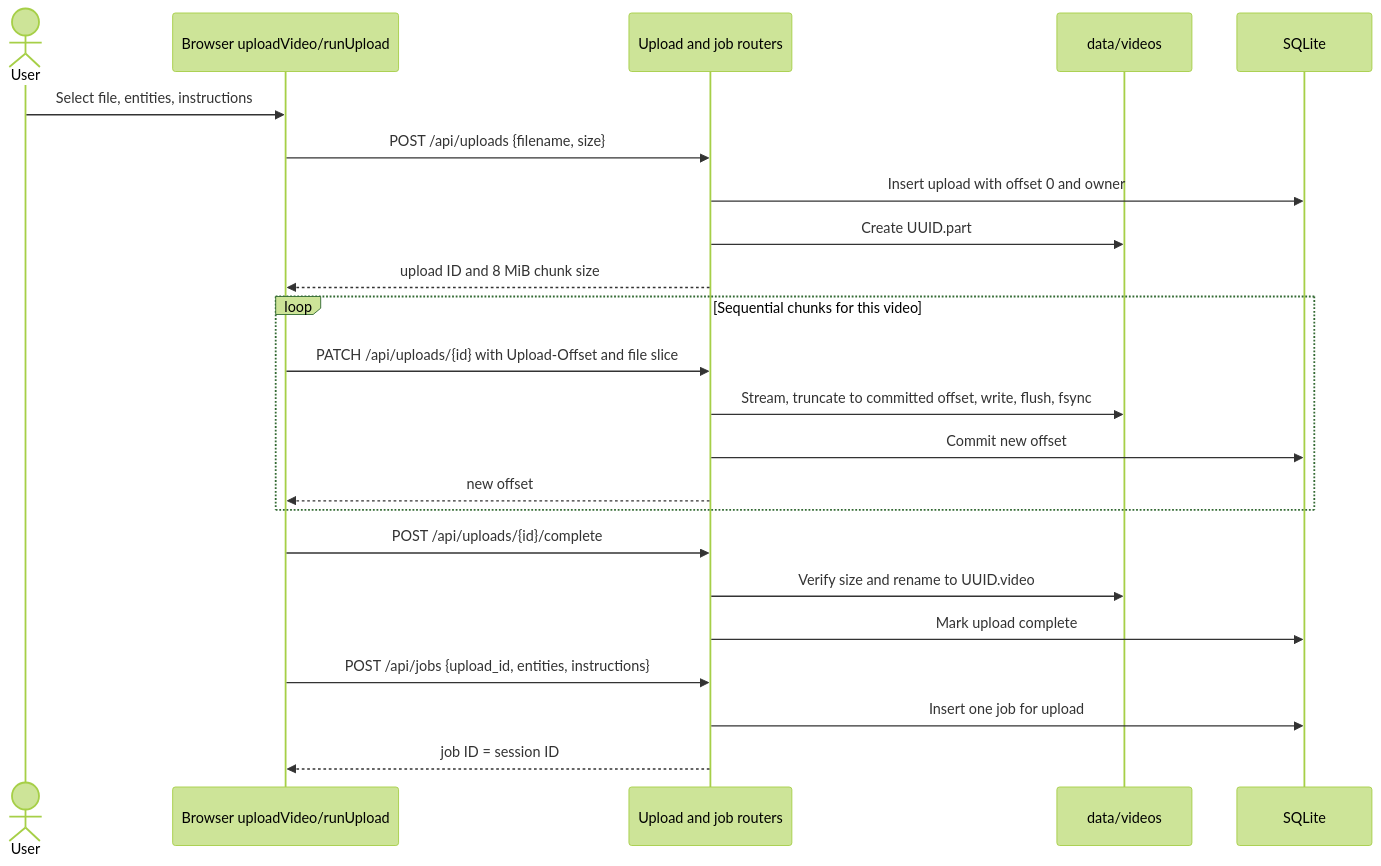
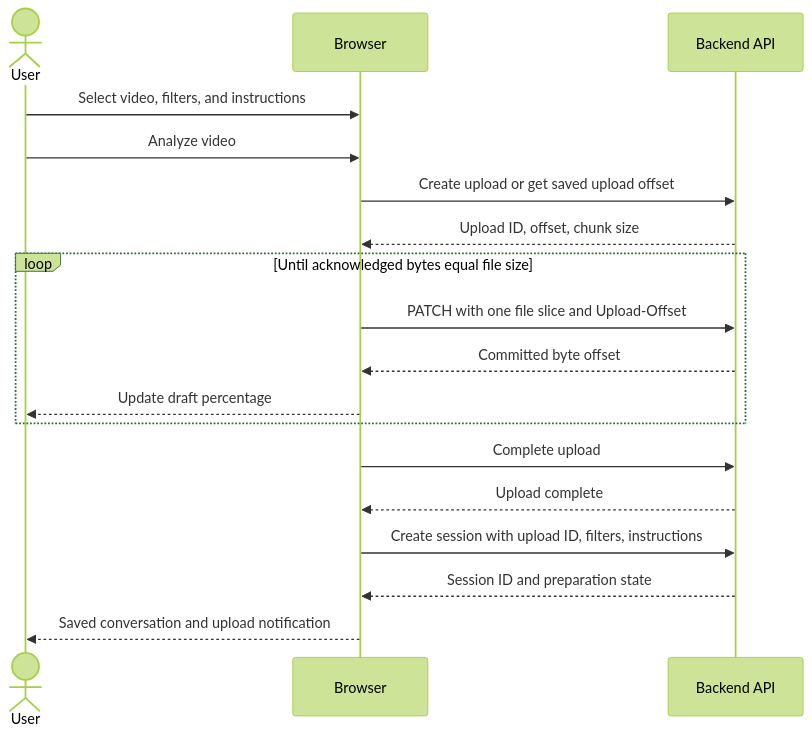
The third of 4 diagrams in docs/design/frontend-design.md (krishnakv24/Video-Analyzer-Agent), drawn with Mermaid (forest theme) before and after one commit. The commit also changed other lines of this file and 1 other file, not shown here.

Commit message:
Added Frontend and Backend Design

````diff
--- a/docs/design/frontend-design.md
+++ b/docs/design/frontend-design.md
@@ -128,25 +171,20 @@
 ```mermaid
 sequenceDiagram
     actor User
-    participant UI as Browser uploadVideo/runUpload
-    participant API as Upload and job routers
-    participant Disk as data/videos
-    participant DB as SQLite
-    User->>UI: Select file, entities, instructions
-    UI->>API: POST /api/uploads {filename, size}
-    API->>DB: Insert upload with offset 0 and owner
-    API->>Disk: Create UUID.part
-    API-->>UI: upload ID and 8 MiB chunk size
-    loop Sequential chunks for this video
-        UI->>API: PATCH /api/uploads/{id} with Upload-Offset and file slice
-        API->>Disk: Stream, truncate to committed offset, write, flush, fsync
-        API->>DB: Commit new offset
-        API-->>UI: new offset
+    participant UI as Browser
+    participant API as Backend API
+    User->>UI: Select video, filters, and instructions
+    User->>UI: Analyze video
+    UI->>API: Create upload or get saved upload offset
+    API-->>UI: Upload ID, offset, chunk size
+    loop Until acknowledged bytes equal file size
+        UI->>API: PATCH with one file slice and Upload-Offset
+        API-->>UI: Committed byte offset
+        UI-->>User: Update draft percentage
     end
-    UI->>API: POST /api/uploads/{id}/complete
-    API->>Disk: Verify size and rename to UUID.video
-    API->>DB: Mark upload complete
-    UI->>API: POST /api/jobs {upload_id, entities, instructions}
-    API->>DB: Insert one job for upload
-    API-->>UI: job ID = session ID
+    UI->>API: Complete upload
+    API-->>UI: Upload complete
+    UI->>API: Create session with upload ID, filters, instructions
+    API-->>UI: Session ID and preparation state
+    UI-->>User: Saved conversation and upload notification
 ```
````
